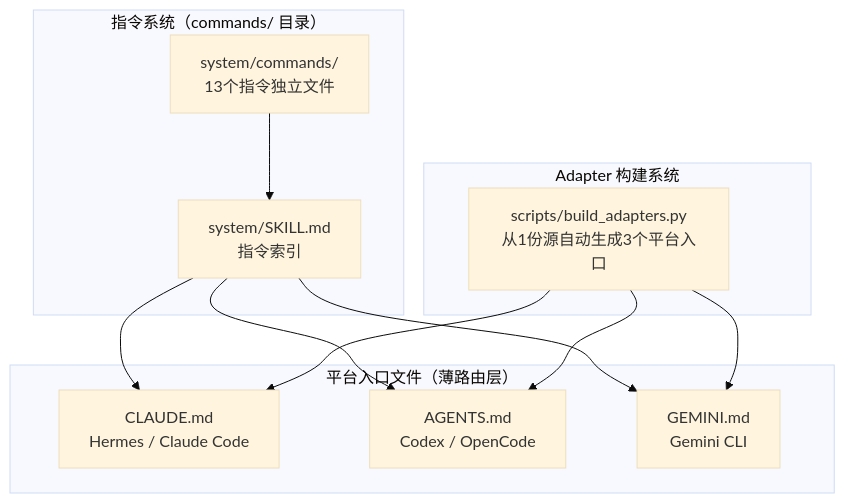
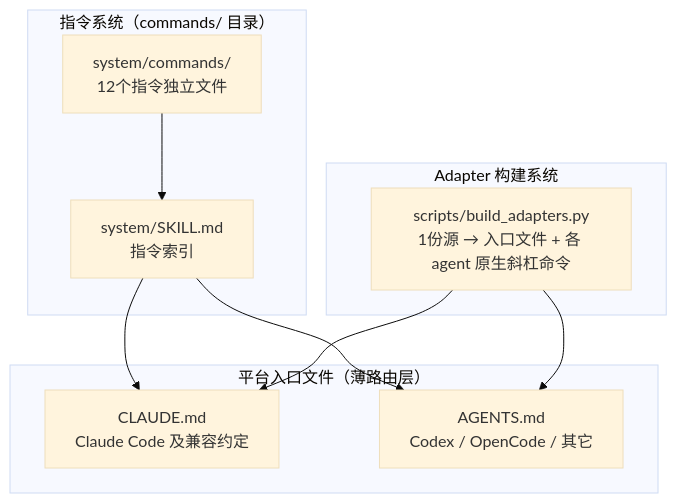
The sixth of 10 diagrams in docs/architecture-flowcharts.md (zhe97396-tech/llm-wiki-copilot), drawn with Mermaid (base theme) before and after one commit. The commit also changed 8 other files, not shown here.

First line of the commit message:
refactor(adapters): 斜杠命令改为配置驱动，移除 Gemini，可支持任意 agent

````diff
--- a/docs/architecture-flowcharts.md
+++ b/docs/architecture-flowcharts.md
@@ -340,25 +340,22 @@
 ```mermaid
 graph TB
     subgraph 指令系统["指令系统（commands/ 目录）"]
-        CMD["system/commands/<br/>13个指令独立文件"]
+        CMD["system/commands/<br/>12个指令独立文件"]
         SKILL["system/SKILL.md<br/>指令索引"]
         CMD --> SKILL
     end
 
     subgraph 平台入口["平台入口文件（薄路由层）"]
-        CLAUDE["CLAUDE.md<br/>Hermes / Claude Code"]
-        AGENTS["AGENTS.md<br/>Codex / OpenCode"]
-        GEMINI["GEMINI.md<br/>Gemini CLI"]
+        CLAUDE["CLAUDE.md<br/>Claude Code 及兼容约定"]
+        AGENTS["AGENTS.md<br/>Codex / OpenCode / 其它"]
     end
 
     subgraph Adapter["Adapter 构建系统"]
-        BUILD["scripts/build_adapters.py<br/>从1份源自动生成3个平台入口"]
+        BUILD["scripts/build_adapters.py<br/>1份源 → 入口文件 + 各 agent 原生斜杠命令"]
     end
 
     SKILL --> CLAUDE
     SKILL --> AGENTS
-    SKILL --> GEMINI
     BUILD --> CLAUDE
     BUILD --> AGENTS
-    BUILD --> GEMINI
 ```
````
